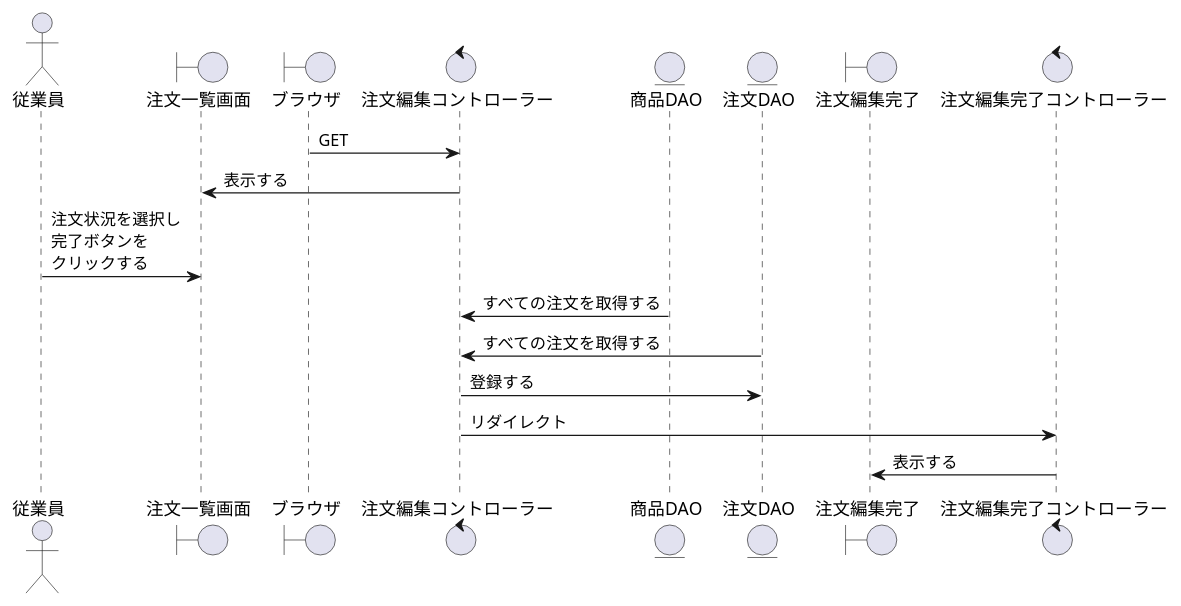
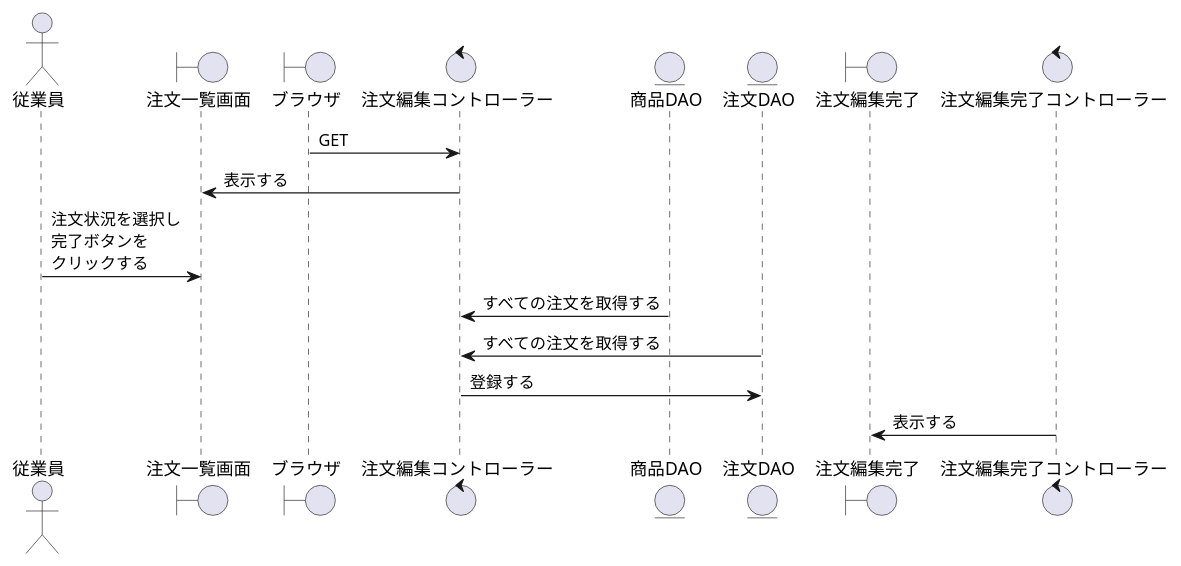
Before and after one commit to ysyk-wtnb16/team_D: the diagram in BBショップ/注文編集.wsd, drawn with PlantUML. The commit also changed 2 other files, not shown here.

```diff
--- a/BBショップ/注文編集.wsd
+++ b/BBショップ/注文編集.wsd
@@ -2,30 +2,30 @@
 @startuml update
 ' ①縦軸の並び順を決める
 actor "従業員" as act
 boundary "注文一覧画面" as oeb
 ' コントローラーに初回アクセスするもの
 boundary "ブラウザ" as brz
 ' コントローラーまたはビューの名称を決める
 control "注文編集コントローラー" as oec
 ' DAOまたはモデルとなる
 
 entity "商品DAO" as pdt
 entity "注文DAO" as order
 
 boundary "注文編集完了" as oekb
 control "注文編集完了コントローラー" as oekc
 
 brz -> oec: GET
 
 oeb <- oec:表示する
 
 act -> oeb:注文状況を選択し\n完了ボタンを\nクリックする
 
 oec <- pdt:すべての注文を取得する
 oec <- order:すべての注文を取得する
 
 oec -> order: 登録する
-oec -> oekc:リダイレクト
+
 oekc -> oekb:表示する
 
 @enduml
```
